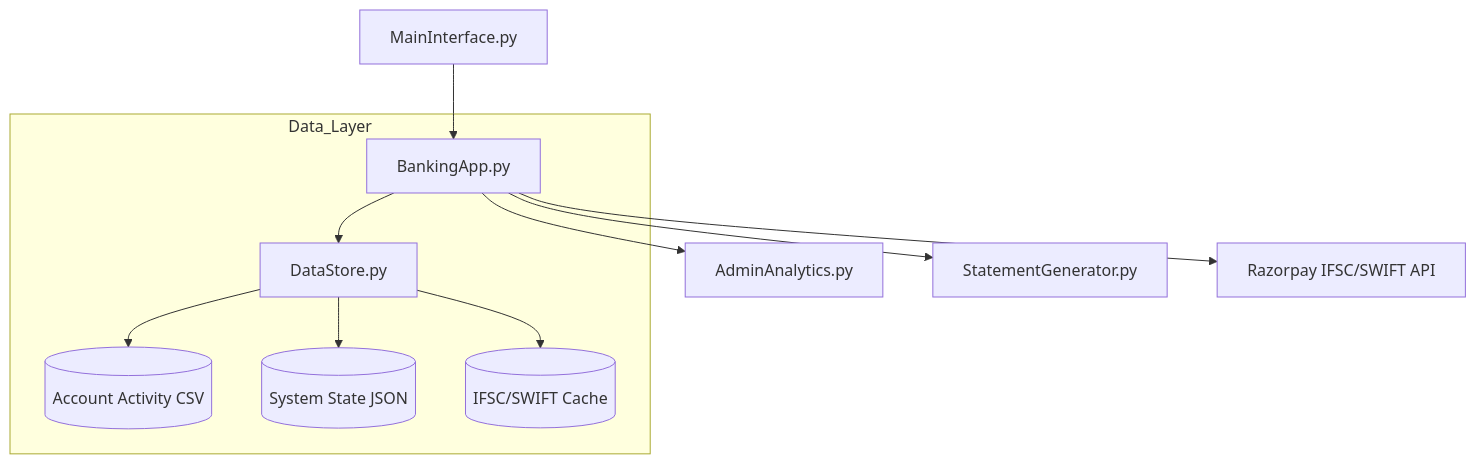
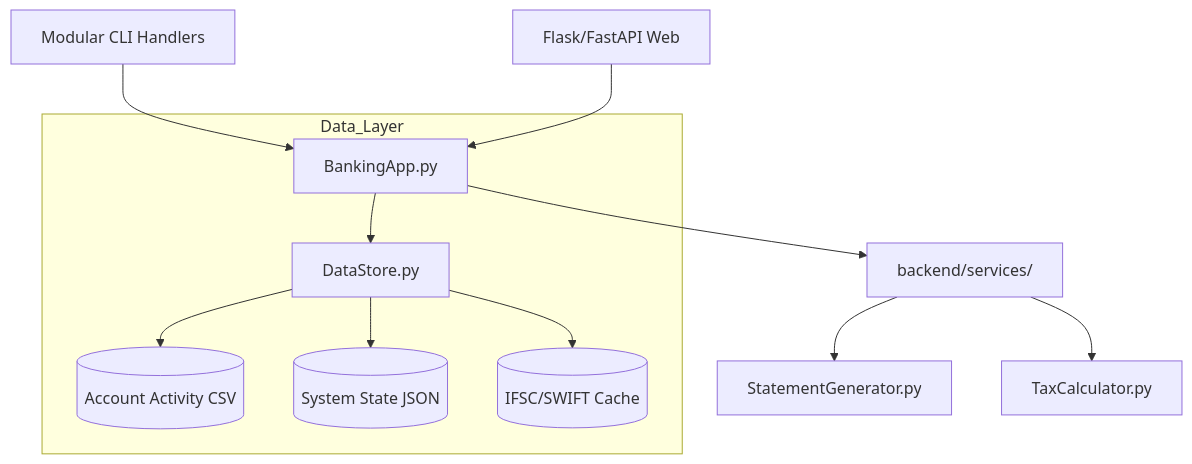
The diagram in README.md (kv-techie/Python-Bank), drawn with Mermaid before and after one commit. The commit also changed other lines of this file and 43 other files, not shown here.

First line of the commit message:
refactor: stabilize modular CLI, consolidate docs, and cleanup workspace

````diff
--- a/README.md
+++ b/README.md
@@ -70,14 +56,15 @@
 ```mermaid
 graph TD
-    UI[MainInterface.py] --> Core[BankingApp.py]
-    Core --> Analytics[AdminAnalytics.py]
-    Core --> PDF[StatementGenerator.py]
-    Core --> API[Razorpay IFSC/SWIFT API]
+    CLI[Modular CLI Handlers] --> Core[BankingApp.py]
+    Web[Flask/FastAPI Web] --> Core
+    Core --> Services[backend/services/]
+    Services --> PDF[StatementGenerator.py]
+    Services --> Tax[TaxCalculator.py]
     
     subgraph Data_Layer
         Core --> DataStore[DataStore.py]
         DataStore --> CSV[(Account Activity CSV)]
         DataStore --> JSON[(System State JSON)]
         DataStore --> Cache[(IFSC/SWIFT Cache)]
     end
 ```
````
